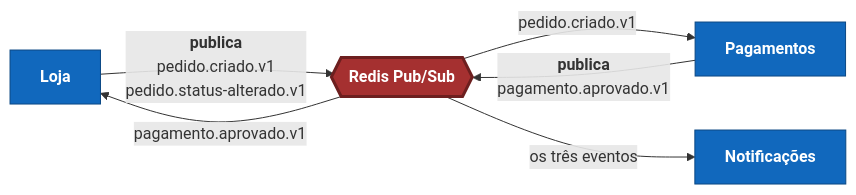
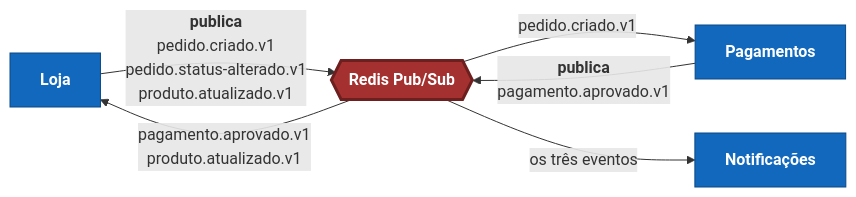
One commit to JoaoVitorMcz/pcforge changed the third of 3 diagrams in docs/c4-arquitetura.md. Above: the diagram before and after it, drawn with Mermaid. The commit also changed other lines of this file and 5 other files, not shown here.

First line of the commit message:
docs: adicionar diagramas C4 e Context Map no draw.io

````diff
--- a/docs/c4-arquitetura.md
+++ b/docs/c4-arquitetura.md
@@ -227,19 +231,19 @@
 ```mermaid
 flowchart LR
     LOJA["<b>Loja</b>"]
     PAG["<b>Pagamentos</b>"]
     NOT["<b>Notificações</b>"]
     REDIS{{"<b>Redis Pub/Sub</b>"}}
 
-    LOJA -->|"<b>publica</b><br/>pedido.criado.v1<br/>pedido.status-alterado.v1"| REDIS
+    LOJA -->|"<b>publica</b><br/>pedido.criado.v1<br/>pedido.status-alterado.v1<br/>produto.atualizado.v1"| REDIS
     PAG -->|"<b>publica</b><br/>pagamento.aprovado.v1"| REDIS
 
     REDIS -->|"pedido.criado.v1"| PAG
-    REDIS -->|"pagamento.aprovado.v1"| LOJA
+    REDIS -->|"pagamento.aprovado.v1<br/>produto.atualizado.v1"| LOJA
     REDIS -->|"os três eventos"| NOT
 
     style LOJA fill:#1168bd,stroke:#0b4884,color:#fff
     style PAG fill:#1168bd,stroke:#0b4884,color:#fff
     style NOT fill:#1168bd,stroke:#0b4884,color:#fff
     style REDIS fill:#a53030,stroke:#6d1f1f,stroke-width:3px,color:#fff
 ```
````
